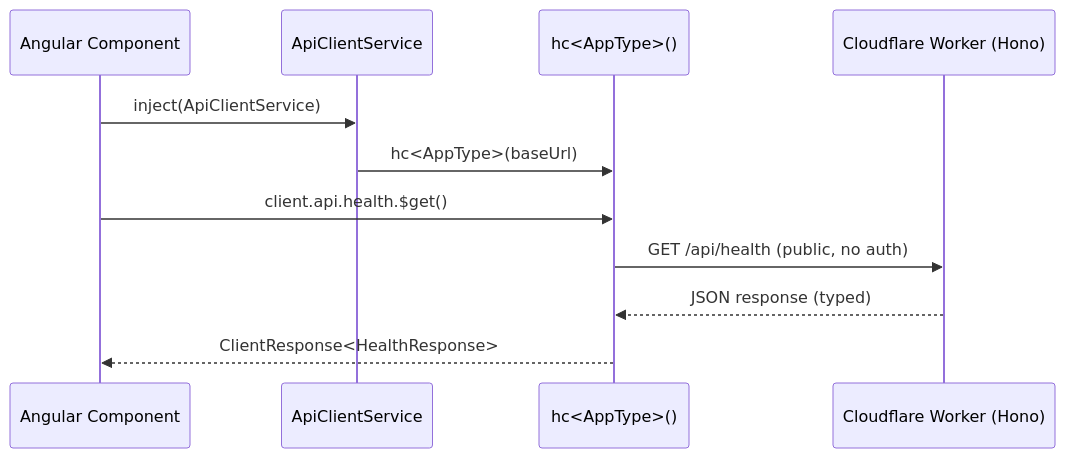
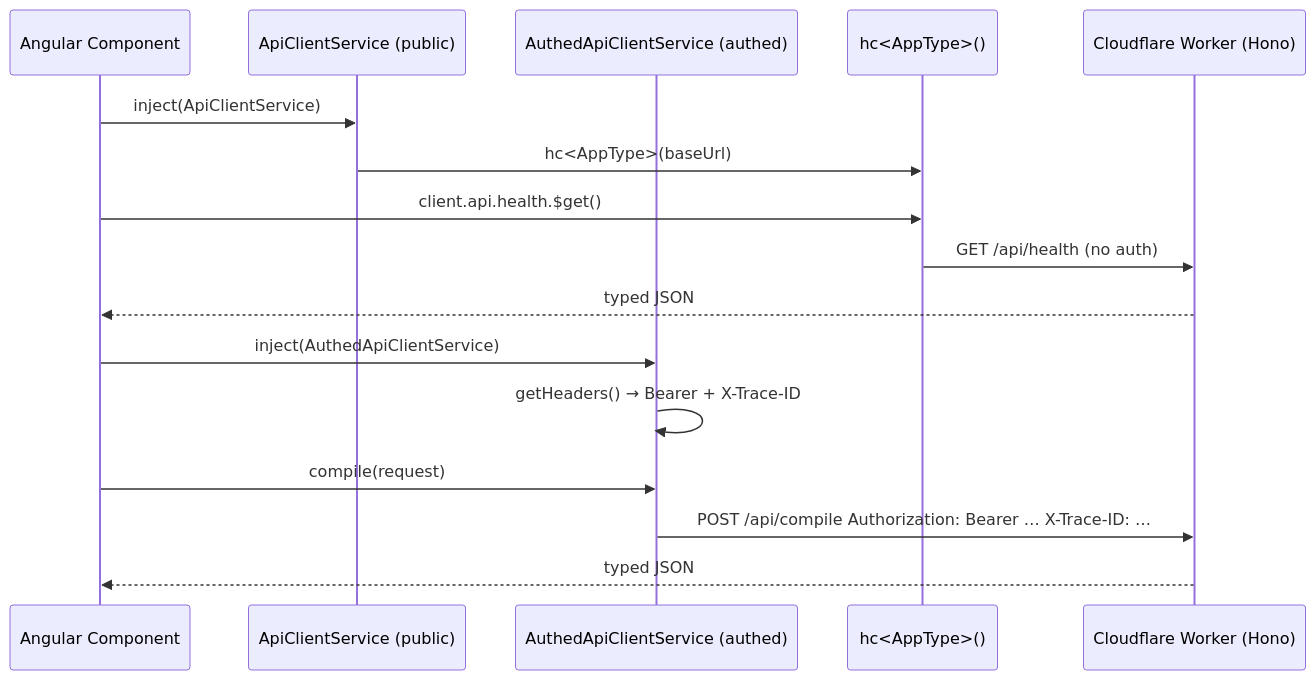
One commit to jaypatrick/adblock-compiler changed the diagram in docs/architecture/hono-rpc-client.md. Above: the diagram before and after it, drawn with Mermaid. The commit also changed other lines of this file and 10 other files, not shown here.

First line of the commit message:
feat: Prisma Hono context integration + AuthedApiClientService + AppType expansion

````diff
--- a/docs/architecture/hono-rpc-client.md
+++ b/docs/architecture/hono-rpc-client.md
@@ -15,14 +15,20 @@
 ```mermaid
 sequenceDiagram
     participant A as Angular Component
-    participant S as ApiClientService
+    participant P as ApiClientService (public)
+    participant Q as AuthedApiClientService (authed)
     participant H as hc<AppType>()
     participant W as Cloudflare Worker (Hono)
 
-    A->>S: inject(ApiClientService)
-    S->>H: hc<AppType>(baseUrl)
+    A->>P: inject(ApiClientService)
+    P->>H: hc<AppType>(baseUrl)
     A->>H: client.api.health.$get()
-    H->>W: GET /api/health (public, no auth)
-    W-->>H: JSON response (typed)
-    H-->>A: ClientResponse<HealthResponse>
+    H->>W: GET /api/health (no auth)
+    W-->>A: typed JSON
+
+    A->>Q: inject(AuthedApiClientService)
+    Q->>Q: getHeaders() → Bearer + X-Trace-ID
+    A->>Q: compile(request)
+    Q->>W: POST /api/compile  Authorization: Bearer …  X-Trace-ID: …
+    W-->>A: typed JSON
 ```
````
